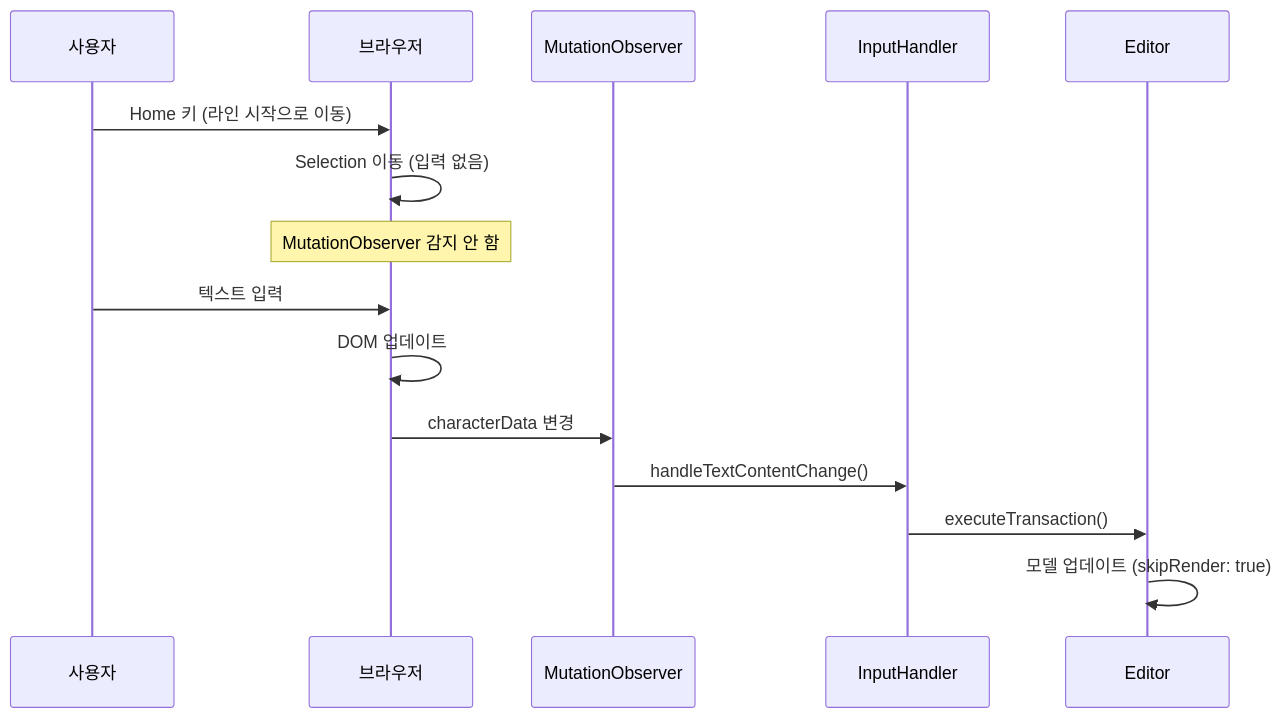
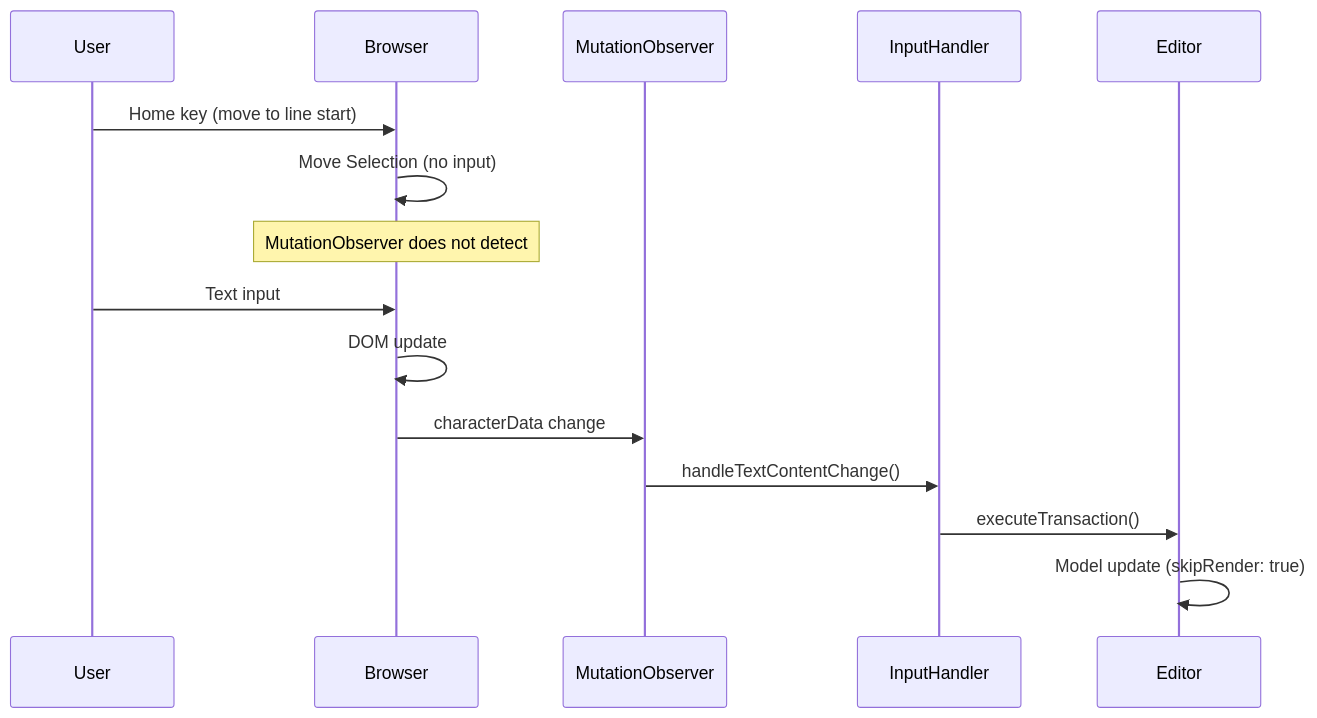
One commit to barocss/barocss-editor changed the tenth of 16 diagrams in packages/editor-view-dom/docs/plan/input-rendering-race-condition.md. Above: the diagram before and after it, drawn with Mermaid. The commit also changed other lines of this file and 43 other files, not shown here.

````diff
--- a/packages/editor-view-dom/docs/plan/input-rendering-race-condition.md
+++ b/packages/editor-view-dom/docs/plan/input-rendering-race-condition.md
@@ -636,18 +636,18 @@
 ```mermaid
 sequenceDiagram
-    participant User as 사용자
-    participant Browser as 브라우저
+    participant User as User
+    participant Browser as Browser
     participant MO as MutationObserver
     participant IH as InputHandler
     participant Editor as Editor
 
-    User->>Browser: Home 키 (라인 시작으로 이동)
-    Browser->>Browser: Selection 이동 (입력 없음)
-    Note over Browser: MutationObserver 감지 안 함
-    User->>Browser: 텍스트 입력
-    Browser->>Browser: DOM 업데이트
-    Browser->>MO: characterData 변경
+    User->>Browser: Home key (move to line start)
+    Browser->>Browser: Move Selection (no input)
+    Note over Browser: MutationObserver does not detect
+    User->>Browser: Text input
+    Browser->>Browser: DOM update
+    Browser->>MO: characterData change
     MO->>IH: handleTextContentChange()
     IH->>Editor: executeTransaction()
-    Editor->>Editor: 모델 업데이트 (skipRender: true)
+    Editor->>Editor: Model update (skipRender: true)
 ```
````
